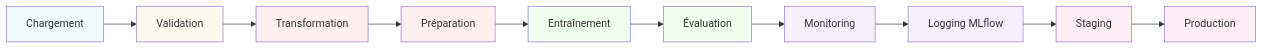
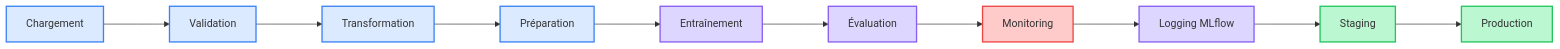
Before and after one commit to jefraudai/jefraudai: the fifth of 11 diagrams in Services/slidev/slides.md, drawn with Mermaid. The commit also changed other lines of this file and 14 other files, not shown here.

````diff
--- a/Services/slidev/slides.md
+++ b/Services/slidev/slides.md
@@ -162,23 +343,23 @@
 ```mermaid
 flowchart LR
-    Load[Chargement] --> Validate[Validation]
-    Validate --> Transform[Transformation]
-    Transform --> Prep[Préparation]
-    Prep --> Train[Entraînement]
-    Train --> Eval[Évaluation]
-    Eval --> Monitor[Monitoring]
-    Monitor --> MLflow[Logging MLflow]
-    MLflow --> Staging[Staging]
-    Staging --> Prod[Production]
+    Load[Chargement] ---> Validate[Validation]
+    Validate ---> Transform[Transformation]
+    Transform ---> Prep[Préparation]
+    Prep ---> Train[Entraînement]
+    Train ---> Eval[Évaluation]
+    Eval ---> Monitor[Monitoring]
+    Monitor ---> MLflow[Logging MLflow]
+    MLflow ---> Staging[Staging]
+    Staging ---> Prod[Production]
     
-    style Load fill:#e1f5ff,fill-opacity:0.5
-    style Validate fill:#fff4e1,fill-opacity:0.5
-    style Transform fill:#ffe1e1,fill-opacity:0.5
-    style Prep fill:#ffe1e1,fill-opacity:0.5
-    style Train fill:#e1ffe1,fill-opacity:0.5
-    style Eval fill:#e1ffe1,fill-opacity:0.5
-    style Monitor fill:#f0e1ff,fill-opacity:0.5
-    style MLflow fill:#f0e1ff,fill-opacity:0.5
-    style Staging fill:#ffe1f0,fill-opacity:0.5
-    style Prod fill:#ffe1f0,fill-opacity:0.5
+    style Load fill:#dbeafe,stroke:#3b82f6,stroke-width:2px
+    style Validate fill:#dbeafe,stroke:#3b82f6,stroke-width:2px
+    style Transform fill:#dbeafe,stroke:#3b82f6,stroke-width:2px
+    style Prep fill:#dbeafe,stroke:#3b82f6,stroke-width:2px
+    style Train fill:#ddd6fe,stroke:#8b5cf6,stroke-width:2px
+    style Eval fill:#ddd6fe,stroke:#8b5cf6,stroke-width:2px
+    style Monitor fill:#fecaca,stroke:#ef4444,stroke-width:2px
+    style MLflow fill:#ddd6fe,stroke:#8b5cf6,stroke-width:2px
+    style Staging fill:#bbf7d0,stroke:#22c55e,stroke-width:2px
+    style Prod fill:#bbf7d0,stroke:#22c55e,stroke-width:2px
 ```
````
